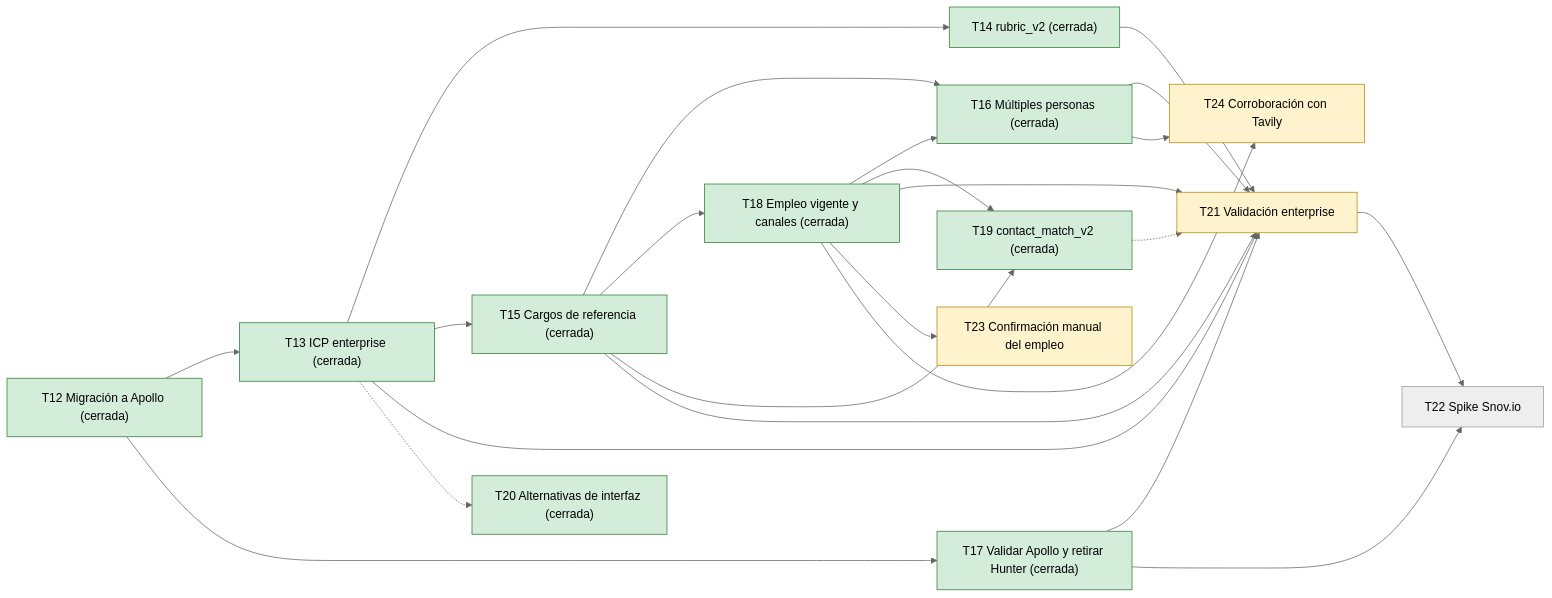
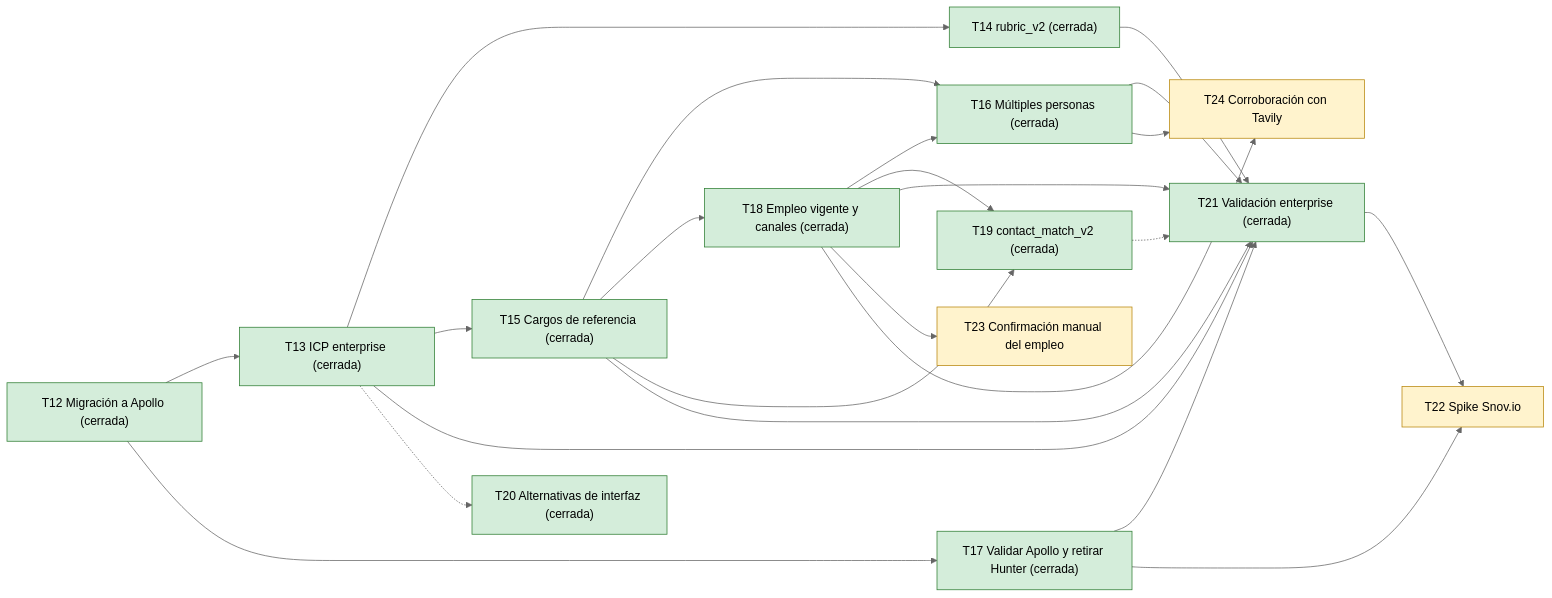
Before and after one commit to ThomasSerna/veryfi-prospecting: the diagram in docs/Roadmap.md, drawn with Mermaid (neutral theme). The commit also changed other lines of this file, not shown here.

Commit message:
docs: marcar T21 cerrada y T22 desbloqueada en el Roadmap

````diff
--- a/docs/Roadmap.md
+++ b/docs/Roadmap.md
@@ -54,40 +53,40 @@
 ```mermaid
 flowchart LR
     T12["T12 Migración a Apollo (cerrada)"]:::closed
     T13["T13 ICP enterprise (cerrada)"]:::closed
     T14["T14 rubric_v2 (cerrada)"]:::closed
     T15["T15 Cargos de referencia (cerrada)"]:::closed
     T16["T16 Múltiples personas (cerrada)"]:::closed
     T17["T17 Validar Apollo y retirar Hunter (cerrada)"]:::closed
     T18["T18 Empleo vigente y canales (cerrada)"]:::closed
     T19["T19 contact_match_v2 (cerrada)"]:::closed
     T20["T20 Alternativas de interfaz (cerrada)"]:::closed
-    T21["T21 Validación enterprise"]:::ready
-    T22["T22 Spike Snov.io"]
+    T21["T21 Validación enterprise (cerrada)"]:::closed
+    T22["T22 Spike Snov.io"]:::ready
     T23["T23 Confirmación manual del empleo"]:::ready
     T24["T24 Corroboración con Tavily"]:::ready
     T12 --> T13
     T12 --> T17
     T13 --> T14
     T13 --> T15
     T15 --> T16
     T15 --> T18
     T15 --> T19
     T18 --> T16
     T18 --> T19
     T13 --> T21
     T14 --> T21
     T15 --> T21
     T16 --> T21
     T17 --> T21
     T18 --> T21
     T21 --> T22
     T17 --> T22
     T13 -.-> T20
     T19 -.-> T21
     T18 --> T23
     T18 --> T24
     T16 --> T24
     classDef closed fill:#d4edda,stroke:#2e7d32
     classDef ready fill:#fff3cd,stroke:#b8860b
 ```
````
